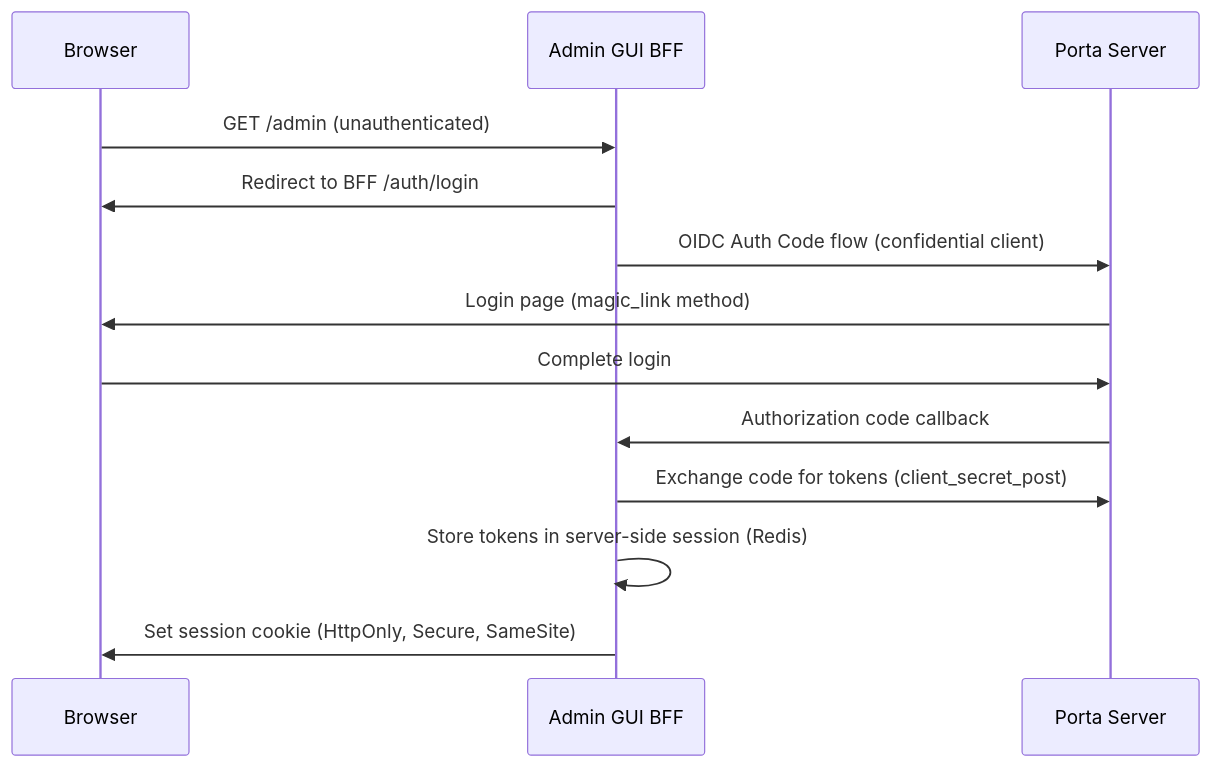
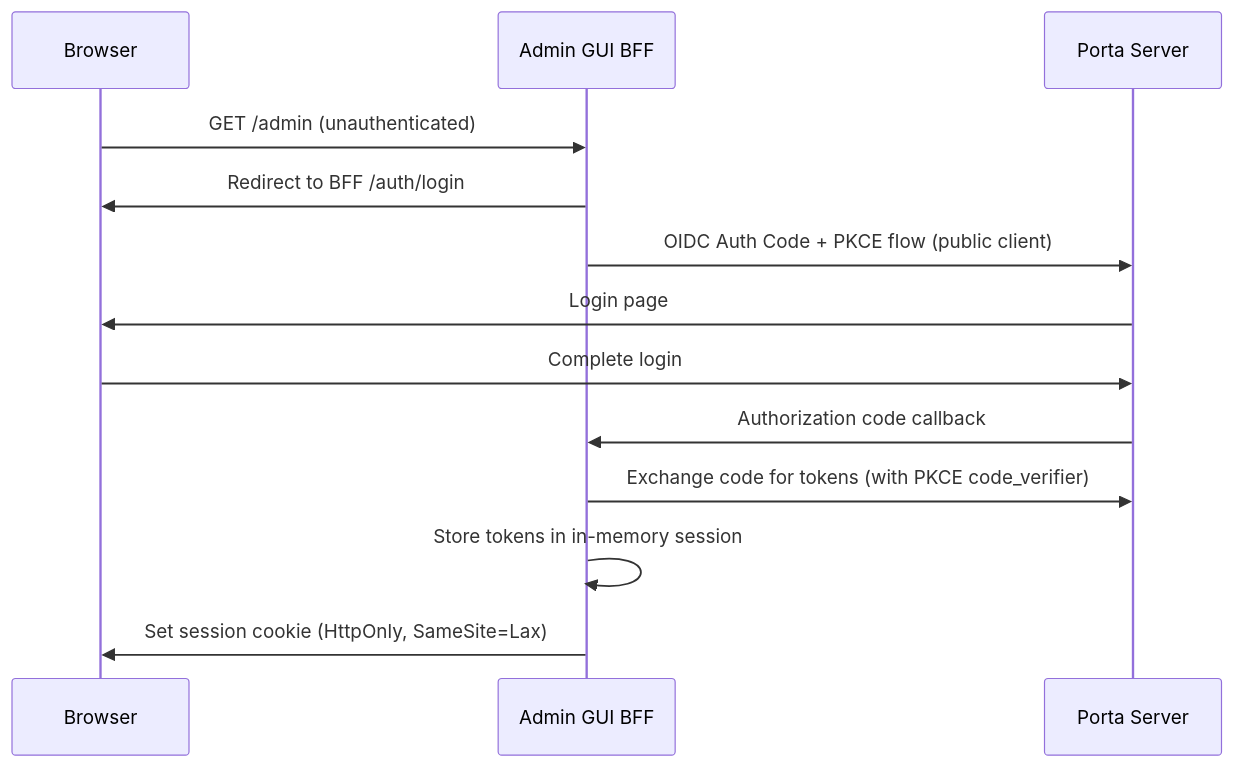
Before and after one commit to blendsdk/porta-identity: the third of 3 diagrams in docs/implementation-details/architecture/security.md, drawn with Mermaid. The commit also changed other lines of this file and 77 other files, not shown here.

First line of the commit message:
refactor(admin-gui): remove old root-level admin-gui, simplify Docker to server-only

````diff
--- a/docs/implementation-details/architecture/security.md
+++ b/docs/implementation-details/architecture/security.md
@@ -231,16 +231,16 @@
 ```mermaid
 sequenceDiagram
     participant Browser
     participant BFF as Admin GUI BFF
     participant Porta as Porta Server
 
     Browser->>BFF: GET /admin (unauthenticated)
     BFF->>Browser: Redirect to BFF /auth/login
-    BFF->>Porta: OIDC Auth Code flow (confidential client)
-    Porta->>Browser: Login page (magic_link method)
+    BFF->>Porta: OIDC Auth Code + PKCE flow (public client)
+    Porta->>Browser: Login page
     Browser->>Porta: Complete login
     Porta->>BFF: Authorization code callback
-    BFF->>Porta: Exchange code for tokens (client_secret_post)
-    BFF->>BFF: Store tokens in server-side session (Redis)
-    BFF->>Browser: Set session cookie (HttpOnly, Secure, SameSite)
+    BFF->>Porta: Exchange code for tokens (with PKCE code_verifier)
+    BFF->>BFF: Store tokens in in-memory session
+    BFF->>Browser: Set session cookie (HttpOnly, SameSite=Lax)
 ```
````
